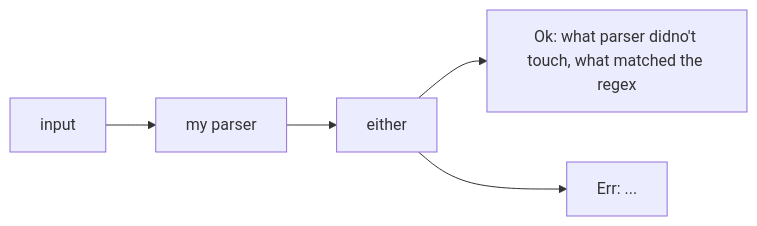
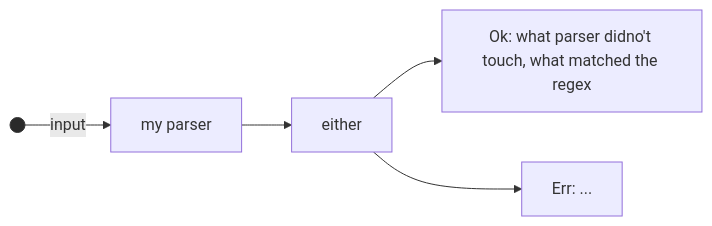
The first of 2 diagrams in getting_started/README.md (aki-ph-chem/learn_nom), drawn with Mermaid before and after one commit. The commit also changed other lines of this file, not shown here.

Commit message:
図を直した

````diff
--- a/getting_started/README.md
+++ b/getting_started/README.md
@@ -14,6 +14,7 @@
 ```mermaid
 graph LR;
-    1[input] --> 2[my parser] --> 3[either]
+    1(( )) --input--> 2[my parser] --> 3[either]
     3--> 4[Ok: what parser didno't touch, what matched the regex]
     3--> 5[Err: ...]
+    style 1 fill:#2a2a2a,stroke:#333
 ```
````
